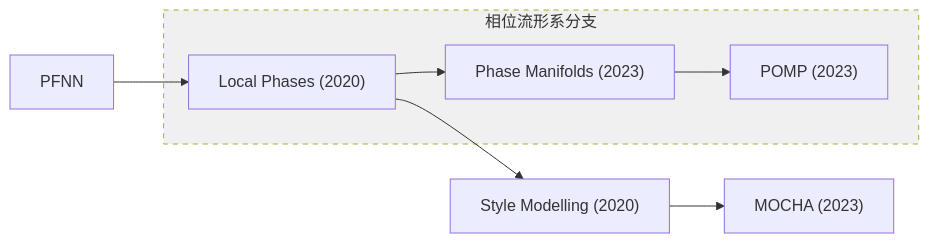
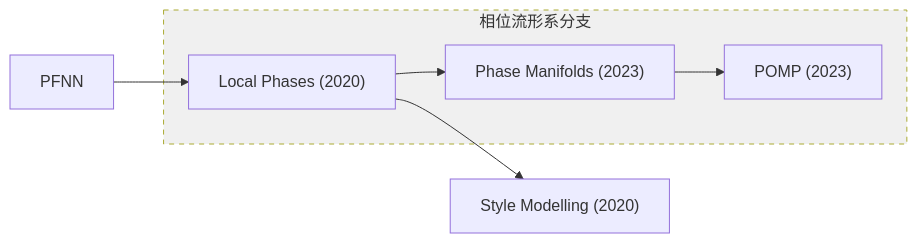
Before and after one commit to CaterpillarStudyGroup/GAMES105_mdbook: the second of 26 diagrams in src/Locomotion_Survey.md, drawn with Mermaid. The commit also changed other lines of this file, not shown here.

First line of the commit message:
Update overview diagram to show Phase branch relationship

````diff
--- a/src/Locomotion_Survey.md
+++ b/src/Locomotion_Survey.md
@@ -85,13 +94,12 @@
 ```mermaid
 flowchart LR
     PFNN --> LP["Local Phases (2020)"]
     LP --> SM["Style Modelling (2020)"]
-    SM --> MOCHA["MOCHA (2023)"]
 
     subgraph 相位流形系分支
     LP --> PM["Phase Manifolds (2023)"]
     PM --> POMP["POMP (2023)"]
     end
 
     style 相位流形系分支 fill:#f0f0f0,stroke-dasharray: 5 5
 ```
````
